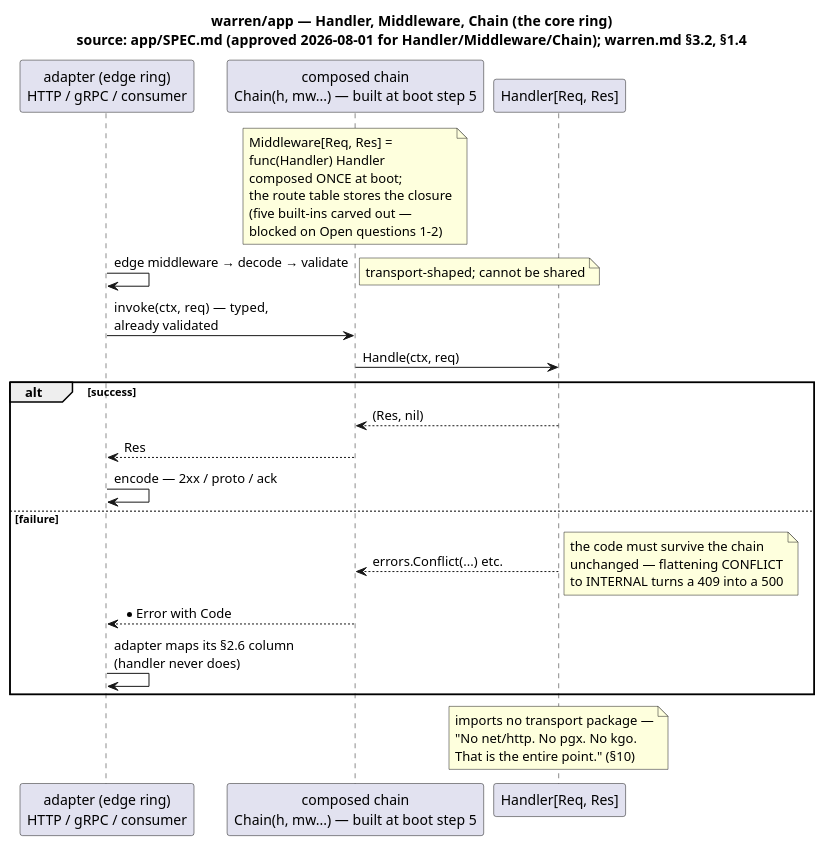
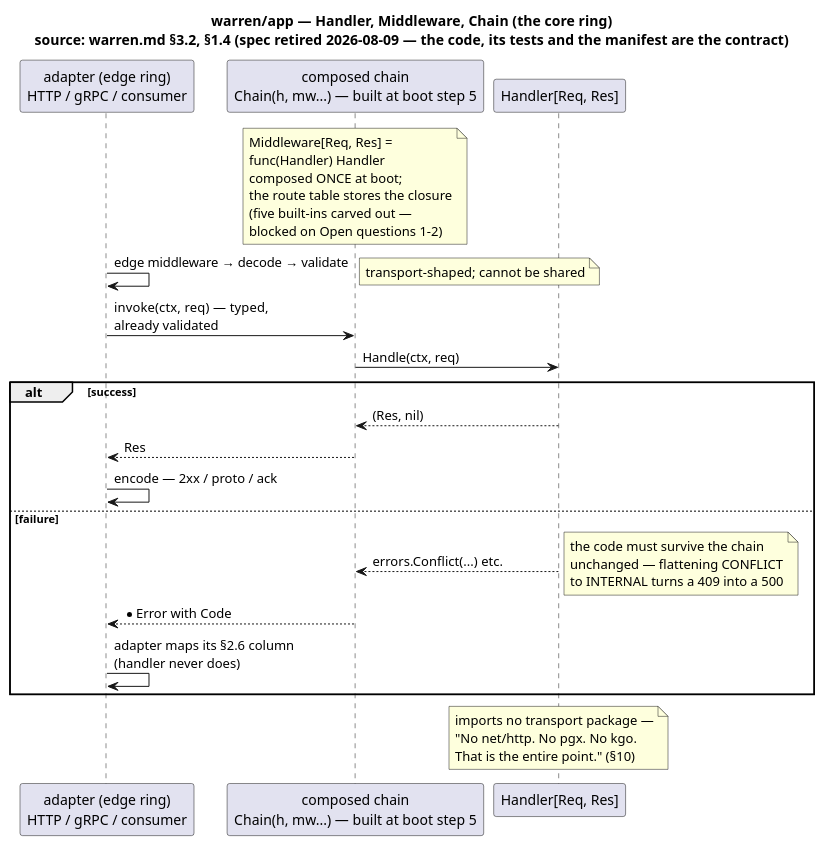
One commit to MerseniBilel/warren changed the diagram in docs/assets/app-usage.puml. Above: the diagram before and after it, drawn with PlantUML. The commit also changed 28 other files, not shown here.

```diff
--- a/docs/assets/app-usage.puml
+++ b/docs/assets/app-usage.puml
@@ -1,27 +1,27 @@
 @startuml app-usage
-title warren/app — Handler, Middleware, Chain (the core ring)\nsource: app/SPEC.md (approved 2026-08-01 for Handler/Middleware/Chain); warren.md §3.2, §1.4
+title warren/app — Handler, Middleware, Chain (the core ring)\nsource: warren.md §3.2, §1.4 (spec retired 2026-08-09 — the code, its tests and the manifest are the contract)
 
 participant "adapter (edge ring)\nHTTP / gRPC / consumer" as edge
 participant "composed chain\nChain(h, mw...) — built at boot step 5" as chain
 participant "Handler[Req, Res]" as handler
 
 note over chain : Middleware[Req, Res] =\nfunc(Handler) Handler\ncomposed ONCE at boot;\nthe route table stores the closure\n(five built-ins carved out —\nblocked on Open questions 1–2)
 
 edge -> edge : edge middleware → decode → validate
 note right : transport-shaped; cannot be shared
 edge -> chain : invoke(ctx, req)  — typed,\nalready validated
 chain -> handler : Handle(ctx, req)
 
 alt success
   handler --> chain : (Res, nil)
   chain --> edge : Res
   edge -> edge : encode — 2xx / proto / ack
 else failure
   handler --> chain : errors.Conflict(...) etc.
   note right : the code must survive the chain\nunchanged — flattening CONFLICT\nto INTERNAL turns a 409 into a 500
   chain --> edge : *Error with Code
   edge -> edge : adapter maps its §2.6 column\n(handler never does)
 end
 
 note over handler : imports no transport package —\n"No net/http. No pgx. No kgo.\nThat is the entire point." (§10)
 @enduml
```
